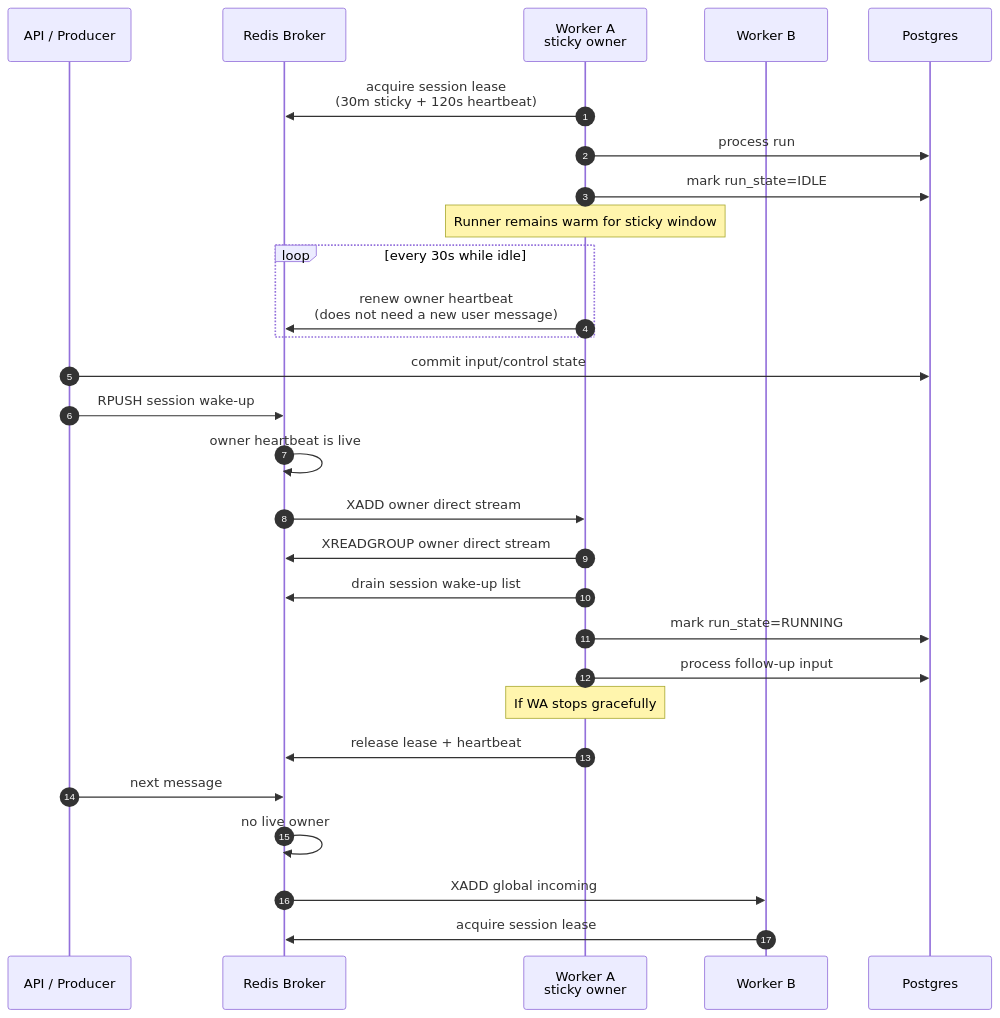
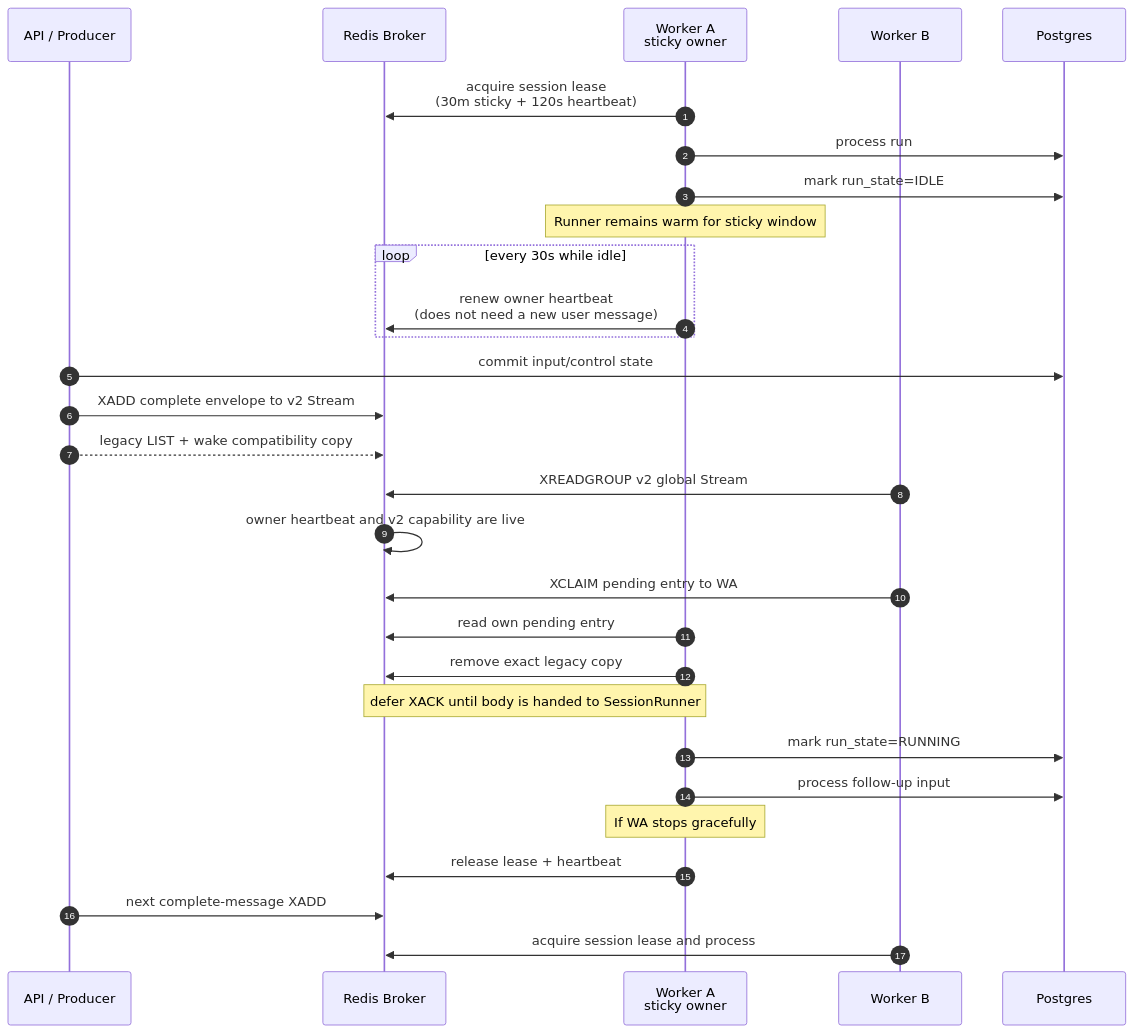
Before and after one commit to azents/azents: the first of 2 diagrams in docs/azents/spec/flow/run-resume.md, drawn with Mermaid. The commit also changed other lines of this file and 173 other files, not shown here.

````diff
--- a/docs/azents/spec/flow/run-resume.md
+++ b/docs/azents/spec/flow/run-resume.md
@@ -103,33 +117,34 @@
 ```mermaid
 sequenceDiagram
     autonumber
     participant API as API / Producer
     participant R as Redis Broker
     participant WA as Worker A<br/>sticky owner
     participant WB as Worker B
     participant DB as Postgres
 
     WA->>R: acquire session lease<br/>(30m sticky + 120s heartbeat)
     WA->>DB: process run
     WA->>DB: mark run_state=IDLE
     Note over WA: Runner remains warm for sticky window
     loop every 30s while idle
         WA->>R: renew owner heartbeat<br/>(does not need a new user message)
     end
 
     API->>DB: commit input/control state
-    API->>R: RPUSH session wake-up
-    R->>R: owner heartbeat is live
-    R->>WA: XADD owner direct stream
-    WA->>R: XREADGROUP owner direct stream
-    WA->>R: drain session wake-up list
+    API->>R: XADD complete envelope to v2 Stream
+    API-->>R: legacy LIST + wake compatibility copy
+    WB->>R: XREADGROUP v2 global Stream
+    R->>R: owner heartbeat and v2 capability are live
+    WB->>R: XCLAIM pending entry to WA
+    WA->>R: read own pending entry
+    WA->>R: remove exact legacy copy
+    Note over WA,R: defer XACK until body is handed to SessionRunner
     WA->>DB: mark run_state=RUNNING
     WA->>DB: process follow-up input
 
     Note over WA: If WA stops gracefully
     WA->>R: release lease + heartbeat
-    API->>R: next message
-    R->>R: no live owner
-    R->>WB: XADD global incoming
-    WB->>R: acquire session lease
+    API->>R: next complete-message XADD
+    WB->>R: acquire session lease and process
 ```
````
